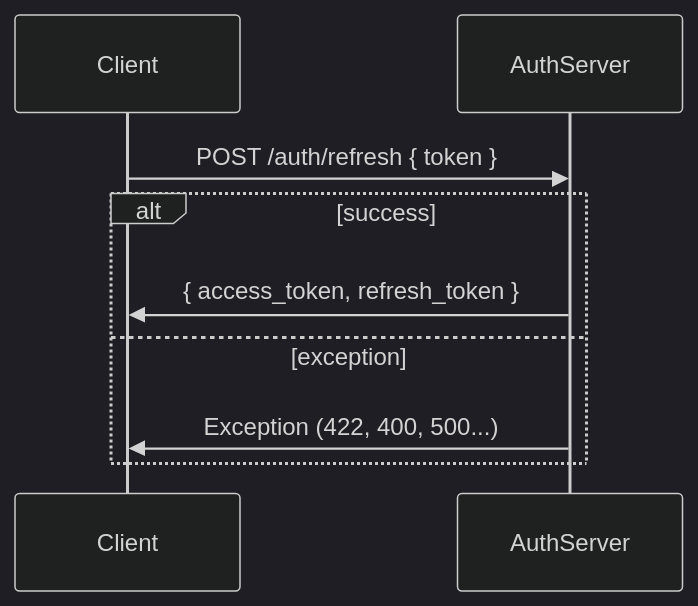
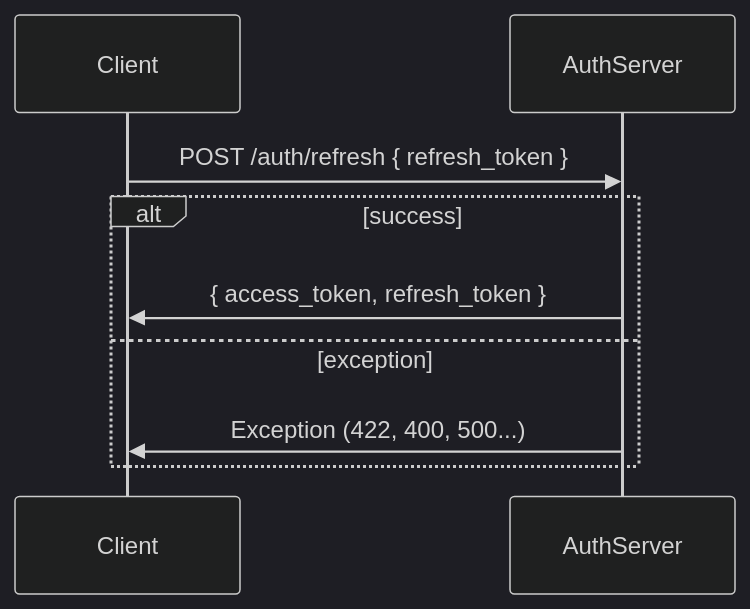
Before and after one commit to vuquangthinh/cs-standard: the third of 4 diagrams in docs/authentication/index.md, drawn with Mermaid (dark theme).

Commit message:
chore: fix typo

````diff
--- a/docs/authentication/index.md
+++ b/docs/authentication/index.md
@@ -33,12 +33,12 @@
 ```mermaid
 sequenceDiagram
   participant C as Client
   participant A as AuthServer
 
-  C->>A: POST /auth/refresh { token }
+  C->>A: POST /auth/refresh { refresh_token }
   alt success
     A->>C: { access_token, refresh_token }
   else exception
     A->>C: Exception (422, 400, 500...)
   end
 ```
````
